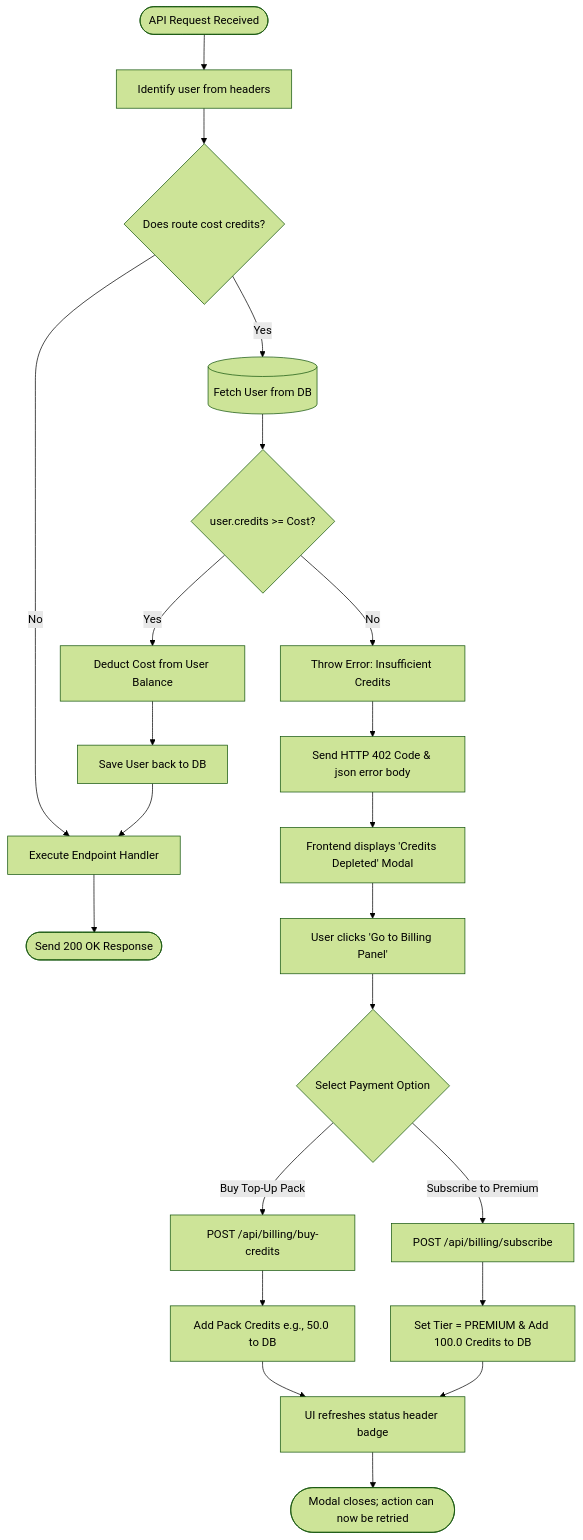
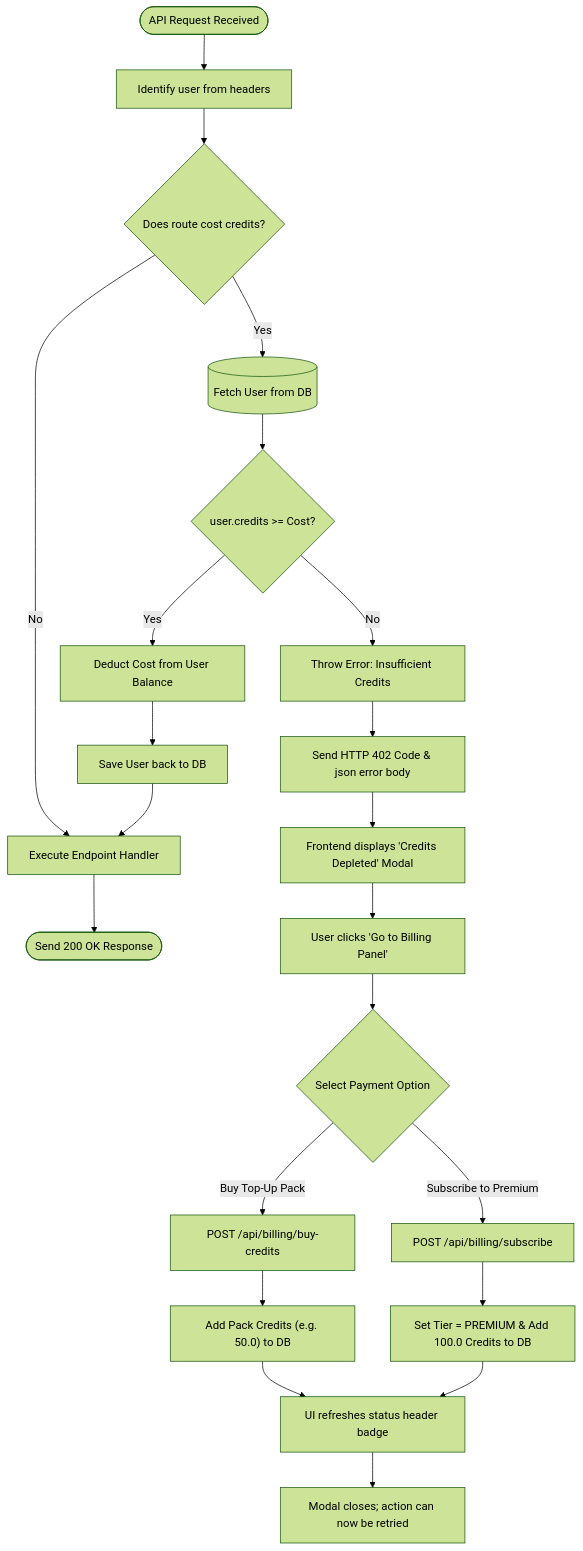
The fourth of 4 diagrams in docs/technical_flow_document.md (BharatPanthee/AdmissionAdvisor), drawn with Mermaid (forest theme) before and after one commit. The commit also changed other lines of this file and 1 other file, not shown here.

Commit message:
Fix syntax and formatting issues in docs/ Mermaid diagrams

````diff
--- a/docs/technical_flow_document.md
+++ b/docs/technical_flow_document.md
@@ -227,31 +227,31 @@
 ```mermaid
 flowchart TD
     Start([API Request Received]) --> Auth[Identify user from headers]
     Auth --> CheckCost{Does route cost credits?}
     
-    CheckCost -- No --> Exec[Execute Endpoint Handler]
+    CheckCost -->|No| Exec[Execute Endpoint Handler]
     
-    CheckCost -- Yes --> FetchDB[(Fetch User from DB)]
+    CheckCost -->|Yes| FetchDB[("Fetch User from DB")]
     FetchDB --> HasCredits{user.credits >= Cost?}
     
-    HasCredits -- Yes --> Deduct[Deduct Cost from User Balance]
+    HasCredits -->|Yes| Deduct[Deduct Cost from User Balance]
     Deduct --> SaveUser[Save User back to DB]
     SaveUser --> Exec
     Exec --> Success([Send 200 OK Response])
 
-    HasCredits -- No --> Error[Throw Error: Insufficient Credits]
+    HasCredits -->|No| Error[Throw Error: Insufficient Credits]
     Error --> Response[Send HTTP 402 Code & json error body]
-    Response --> UI[Frontend displays 'Credits Depleted' Modal]
+    Response --> UI["Frontend displays 'Credits Depleted' Modal"]
     UI --> Redirect[User clicks 'Go to Billing Panel']
     Redirect --> Option{Select Payment Option}
 
-    Option -- Buy Top-Up Pack --> PostTopUp[POST /api/billing/buy-credits]
-    Option -- Subscribe to Premium --> PostSub[POST /api/billing/subscribe]
+    Option -->|Buy Top-Up Pack| PostTopUp[POST /api/billing/buy-credits]
+    Option -->|Subscribe to Premium| PostSub[POST /api/billing/subscribe]
 
-    PostTopUp --> CreditBal[Add Pack Credits e.g., 50.0 to DB]
-    PostSub --> SetPremium[Set Tier = PREMIUM & Add 100.0 Credits to DB]
+    PostTopUp --> CreditBal["Add Pack Credits (e.g. 50.0) to DB"]
+    PostSub --> SetPremium["Set Tier = PREMIUM & Add 100.0 Credits to DB"]
     
     CreditBal --> Refresh[UI refreshes status header badge]
     SetPremium --> Refresh
-    Refresh --> CloseModal([Modal closes; action can now be retried])
+    Refresh --> CloseModal["Modal closes; action can now be retried"]
 ```
````
